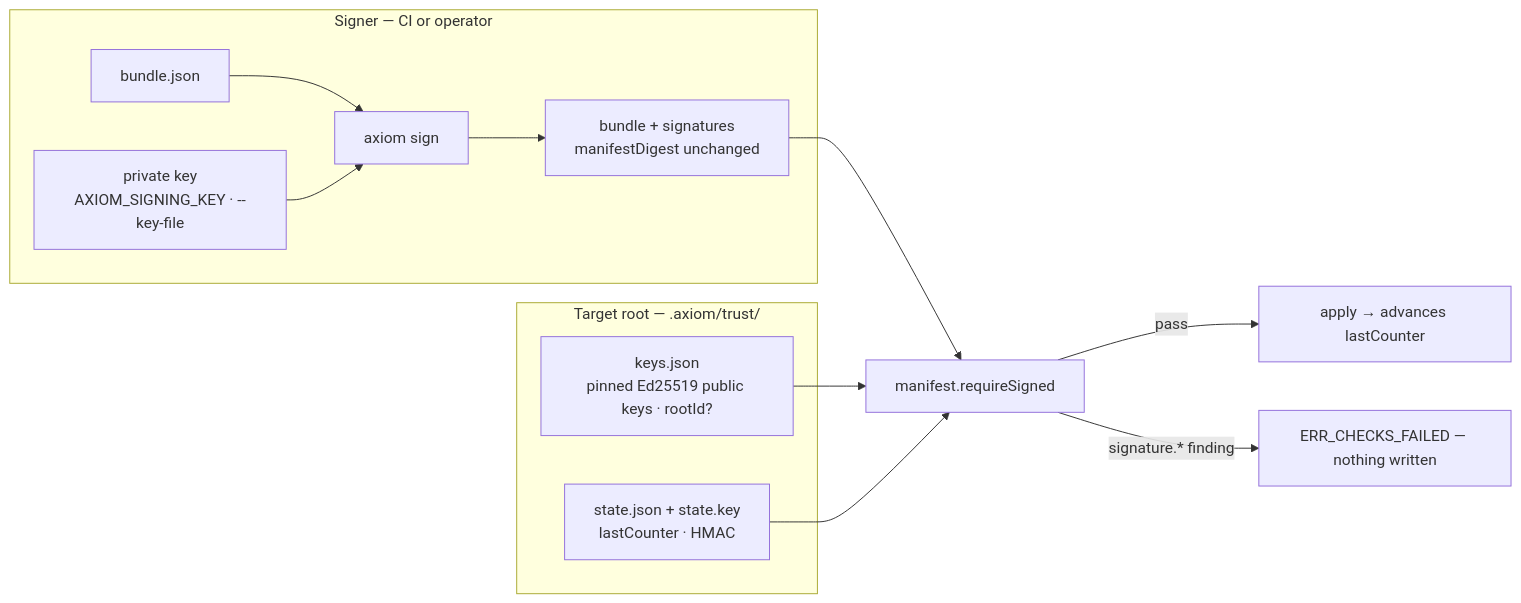
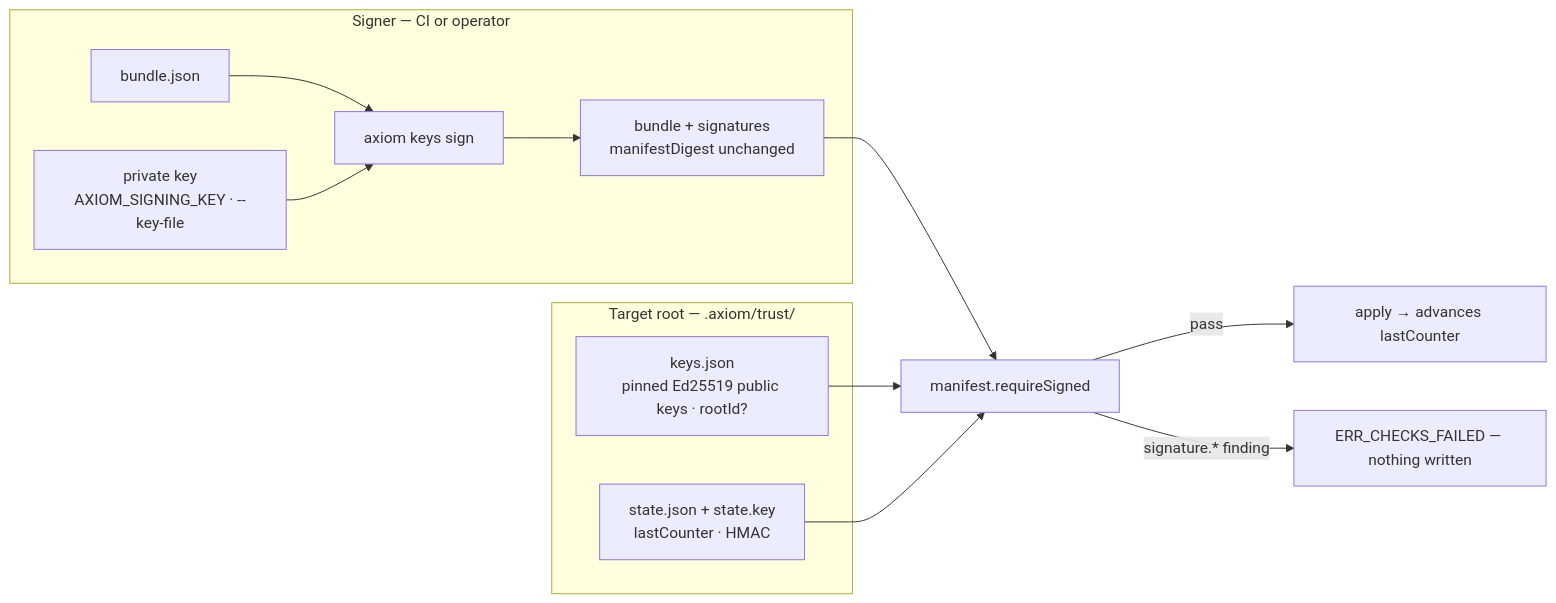
The diagram in docs/guides/signing.md (dragoscv/axiom), drawn with Mermaid before and after one commit. The commit also changed other lines of this file and 308 other files, not shown here.

````diff
--- a/docs/guides/signing.md
+++ b/docs/guides/signing.md
@@ -13,18 +13,20 @@
 ```mermaid
 flowchart LR
+  accTitle: Signing and verification flow
+  accDescr: A signer produces a DSSE envelope over the manifest and the verifier checks it against the trust store and anti-rollback counter.
   subgraph signer [Signer — CI or operator]
     K[private key<br/>AXIOM_SIGNING_KEY · --key-file]
-    B[bundle.json] --> S[axiom sign]
+    B[bundle.json] --> S[axiom keys sign]
     K --> S
     S --> SB["bundle + signatures<br/>manifestDigest unchanged"]
   end
   subgraph root [Target root — .axiom/trust/]
     KS[keys.json<br/>pinned Ed25519 public keys · rootId?]
     ST[state.json + state.key<br/>lastCounter · HMAC]
   end
   SB --> V[manifest.requireSigned]
   KS --> V
   ST --> V
   V -- pass --> A[apply → advances lastCounter]
   V -- signature.* finding --> D[ERR_CHECKS_FAILED — nothing written]
 ```
````
